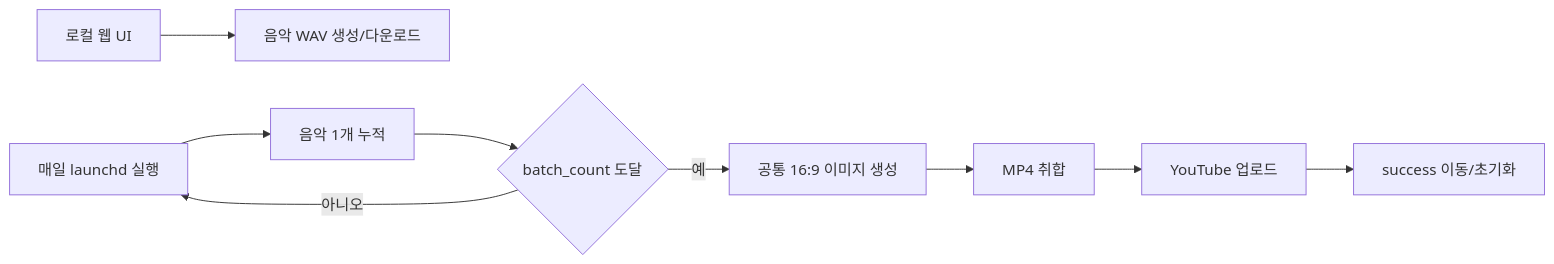
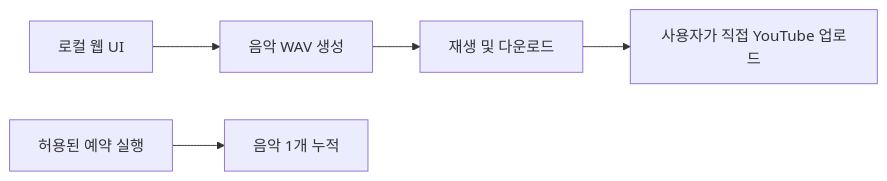
Before and after one commit to ddonggi/autoMusic: the diagram in README.md, drawn with Mermaid. The commit also changed other lines of this file and 32 other files, not shown here.

````diff
--- a/README.md
+++ b/README.md
@@ -5,11 +5,7 @@
 ```mermaid
 flowchart LR
-    A[로컬 웹 UI] --> B[음악 WAV 생성/다운로드]
-    C[매일 launchd 실행] --> D[음악 1개 누적]
-    D --> E{batch_count 도달}
-    E -- 아니오 --> C
-    E -- 예 --> F[공통 16:9 이미지 생성]
-    F --> G[MP4 취합]
-    G --> H[YouTube 업로드]
-    H --> I[success 이동/초기화]
+    A[로컬 웹 UI] --> B[음악 WAV 생성]
+    B --> C[재생 및 다운로드]
+    D[허용된 예약 실행] --> E[음악 1개 누적]
+    C --> F[사용자가 직접 YouTube 업로드]
 ```
````
